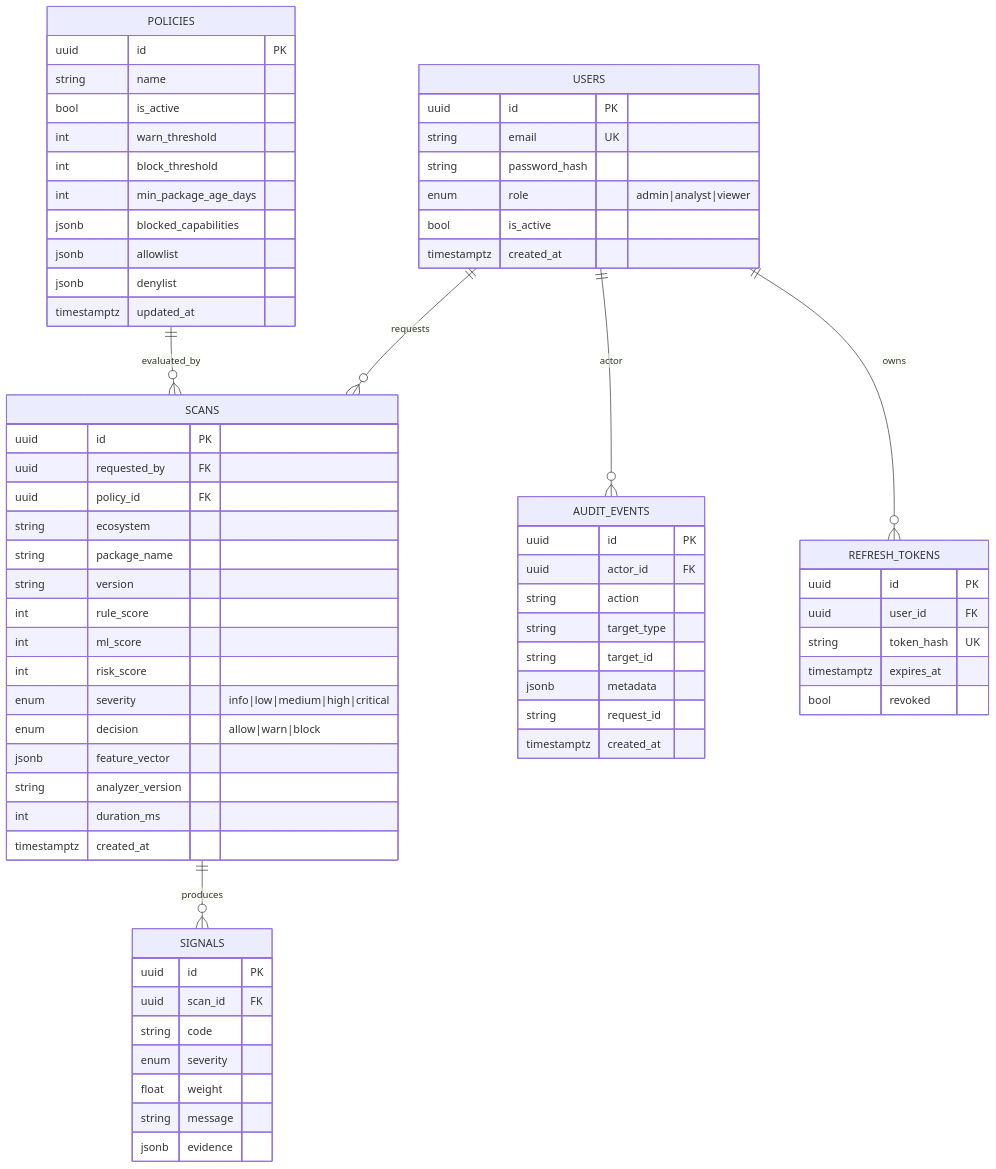
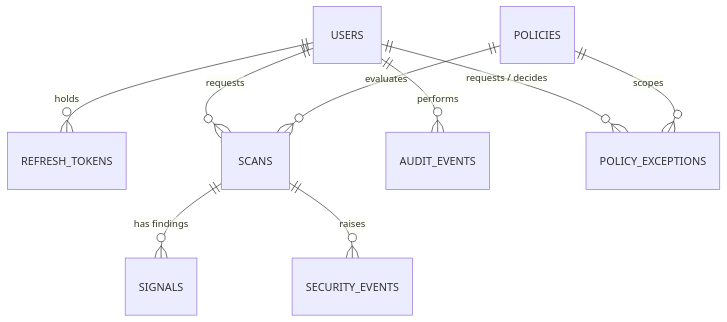
One commit to rakshit-737/warden-supply-chain-firewall changed the diagram in docs/DATA_MODEL.md. Above: the diagram before and after it, drawn with Mermaid. The commit also changed other lines of this file, not shown here.

Commit message:
docs: document the Warden X data model
Describes the tables in use (roles, refresh-token families, policy documents and exceptions,
enriched scans and findings, the hash-chained audit log, security events), the tables created
ahead of the next phase, and why findings are stored both on the scan and as rows.

````diff
--- a/docs/DATA_MODEL.md
+++ b/docs/DATA_MODEL.md
@@ -7,72 +11,11 @@
 ```mermaid
 erDiagram
-    USERS ||--o{ SCANS : requests
-    USERS ||--o{ AUDIT_EVENTS : actor
-    USERS ||--o{ REFRESH_TOKENS : owns
-    POLICIES ||--o{ SCANS : evaluated_by
-    SCANS ||--o{ SIGNALS : produces
-
-    USERS {
-        uuid id PK
-        string email UK
-        string password_hash
-        enum role  "admin|analyst|viewer"
-        bool is_active
-        timestamptz created_at
-    }
-    REFRESH_TOKENS {
-        uuid id PK
-        uuid user_id FK
-        string token_hash UK
-        timestamptz expires_at
-        bool revoked
-    }
-    POLICIES {
-        uuid id PK
-        string name
-        bool is_active
-        int warn_threshold
-        int block_threshold
-        int min_package_age_days
-        jsonb blocked_capabilities
-        jsonb allowlist
-        jsonb denylist
-        timestamptz updated_at
-    }
-    SCANS {
-        uuid id PK
-        uuid requested_by FK
-        uuid policy_id FK
-        string ecosystem
-        string package_name
-        string version
-        int rule_score
-        int ml_score
-        int risk_score
-        enum severity  "info|low|medium|high|critical"
-        enum decision  "allow|warn|block"
-        jsonb feature_vector
-        string analyzer_version
-        int duration_ms
-        timestamptz created_at
-    }
-    SIGNALS {
-        uuid id PK
-        uuid scan_id FK
-        string code
-        enum severity
-        float weight
-        string message
-        jsonb evidence
-    }
-    AUDIT_EVENTS {
-        uuid id PK
-        uuid actor_id FK
-        string action
-        string target_type
-        string target_id
-        jsonb metadata
-        string request_id
-        timestamptz created_at
-    }
+  USERS ||--o{ REFRESH_TOKENS : holds
+  USERS ||--o{ SCANS : requests
+  USERS ||--o{ AUDIT_EVENTS : performs
+  USERS ||--o{ POLICY_EXCEPTIONS : "requests / decides"
+  POLICIES ||--o{ SCANS : evaluates
+  POLICIES ||--o{ POLICY_EXCEPTIONS : scopes
+  SCANS ||--o{ SIGNALS : "has findings"
+  SCANS ||--o{ SECURITY_EVENTS : raises
 ```
````
